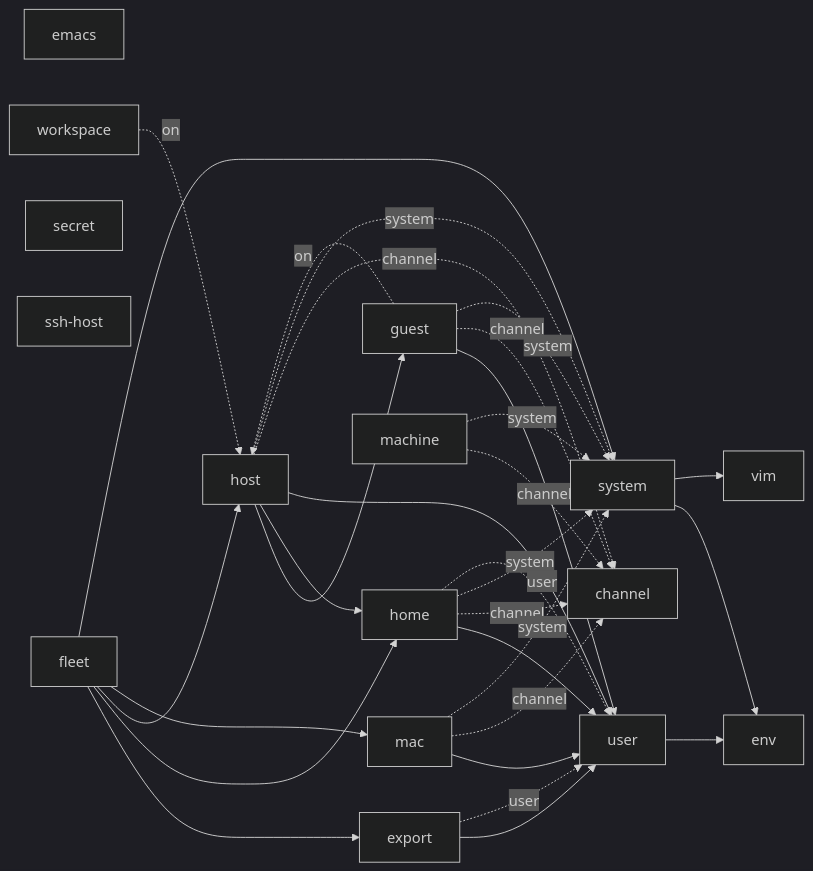
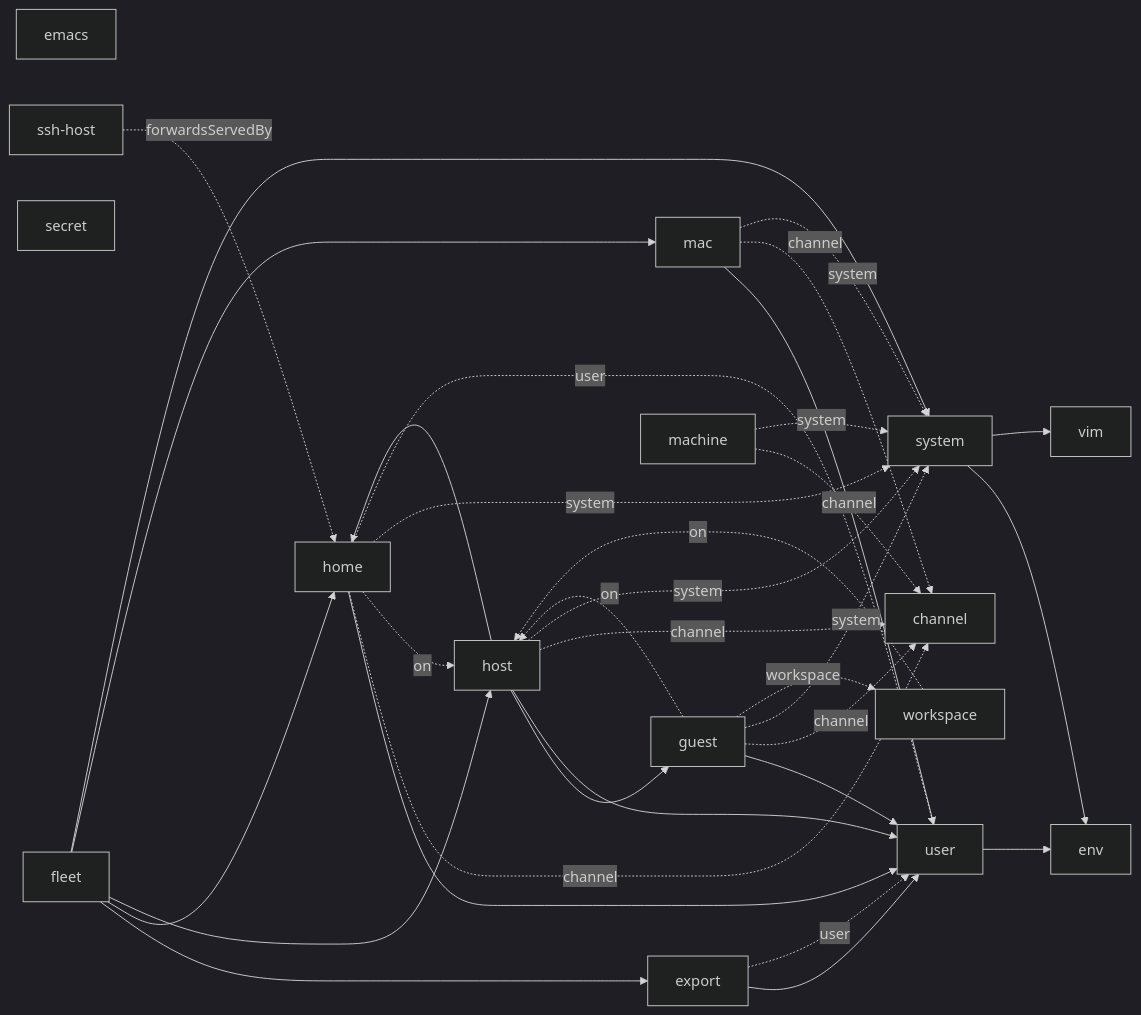
One commit to vic/vix changed the second of 11 diagrams in README.md. Above: the diagram before and after it, drawn with Mermaid (dark theme). The commit also changed other lines of this file and 21 other files, not shown here.

Commit message:
vix uses yen batteries: mermaid (gates, scopes, sinks, flowchart, kinds), docs.table, github.yaml, cachix, files.writer/comment, nixos.hostname, darwin.system, exports.modules, home-manager.into-host; README + ci.yml regenerated

````diff
--- a/README.md
+++ b/README.md
@@ -163,48 +163,51 @@
 ```mermaid
 flowchart LR
   n827e34afc1["channel"]
   n9360acf13a["emacs"]
   nfffdcd721b["env"]
   ne09dd078b0["export"]
   n0d07ea97e1["fleet"]
   n8df93cc983["guest"]
   nd265c5f895["home"]
   n91a43a88c2["host"]
   n25061baf77["mac"]
   n5e4f590e9f["machine"]
   n8c182f1484["secret"]
   nd392af8b39["ssh-host"]
   n0953dd6b11["system"]
   naf777705f2["user"]
   ne5b792c758["vim"]
   n188f8ca258["workspace"]
   ne09dd078b0 --> naf777705f2
   ne09dd078b0 -.->|"user"| naf777705f2
   n0d07ea97e1 --> ne09dd078b0
   n0d07ea97e1 --> nd265c5f895
   n0d07ea97e1 --> n91a43a88c2
   n0d07ea97e1 --> n25061baf77
   n0d07ea97e1 --> n0953dd6b11
   n8df93cc983 --> naf777705f2
   n8df93cc983 -.->|"channel"| n827e34afc1
   n8df93cc983 -.->|"on"| n91a43a88c2
   n8df93cc983 -.->|"system"| n0953dd6b11
+  n8df93cc983 -.->|"workspace"| n188f8ca258
   nd265c5f895 --> naf777705f2
   nd265c5f895 -.->|"channel"| n827e34afc1
+  nd265c5f895 -.->|"on"| n91a43a88c2
   nd265c5f895 -.->|"system"| n0953dd6b11
   nd265c5f895 -.->|"user"| naf777705f2
   n91a43a88c2 --> n8df93cc983
   n91a43a88c2 --> nd265c5f895
   n91a43a88c2 --> naf777705f2
   n91a43a88c2 -.->|"channel"| n827e34afc1
   n91a43a88c2 -.->|"system"| n0953dd6b11
   n25061baf77 --> naf777705f2
   n25061baf77 -.->|"channel"| n827e34afc1
   n25061baf77 -.->|"system"| n0953dd6b11
   n5e4f590e9f -.->|"channel"| n827e34afc1
   n5e4f590e9f -.->|"system"| n0953dd6b11
+  nd392af8b39 -.->|"forwardsServedBy"| nd265c5f895
   n0953dd6b11 --> nfffdcd721b
   n0953dd6b11 --> ne5b792c758
   naf777705f2 --> nfffdcd721b
   n188f8ca258 -.->|"on"| n91a43a88c2
 ```
````
